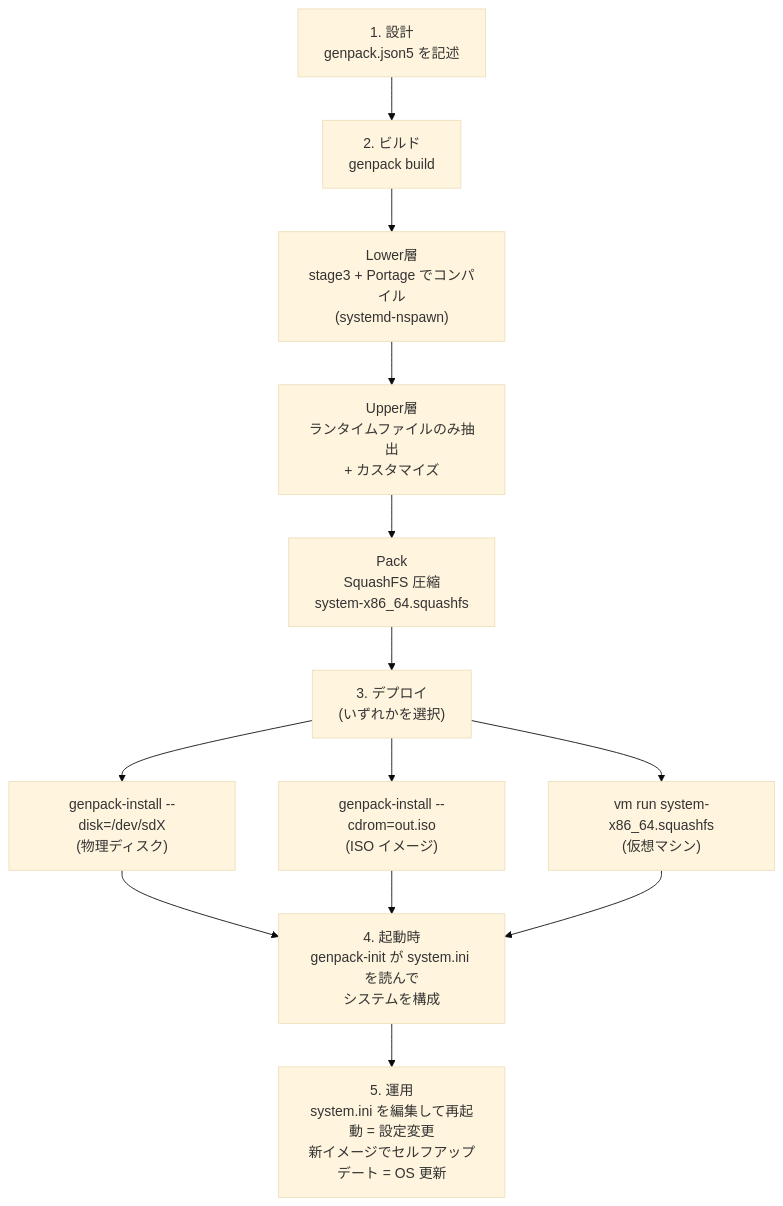
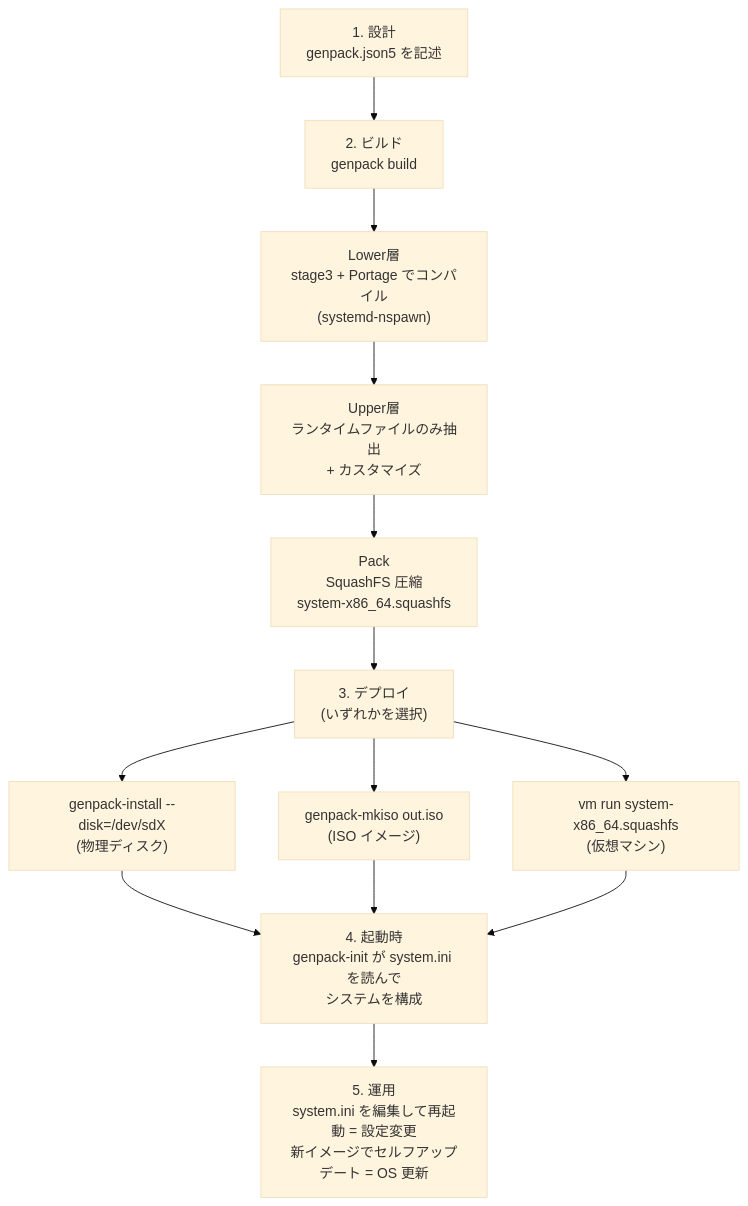
One commit to wbrxcorp/genpack changed the second of 2 diagrams in docs/introduction.md. Above: the diagram before and after it, drawn with Mermaid (base theme). The commit also changed other lines of this file and 1 other file, not shown here.

First line of the commit message:
docs: describe genpack-mkiso and genpack-mkzip

````diff
--- a/docs/introduction.md
+++ b/docs/introduction.md
@@ -327,27 +327,27 @@
 ```mermaid
 flowchart TD
   design["1. 設計<br/>genpack.json5 を記述"]
   build["2. ビルド<br/>genpack build"]
   lower["Lower層<br/>stage3 + Portage でコンパイル<br/>(systemd-nspawn)"]
   upper["Upper層<br/>ランタイムファイルのみ抽出<br/>+ カスタマイズ"]
   pack["Pack<br/>SquashFS 圧縮<br/>system-x86_64.squashfs"]
   deploy["3. デプロイ<br/>(いずれかを選択)"]
   disk["genpack-install --disk=/dev/sdX<br/>(物理ディスク)"]
-  cdrom["genpack-install --cdrom=out.iso<br/>(ISO イメージ)"]
+  cdrom["genpack-mkiso out.iso<br/>(ISO イメージ)"]
   vm["vm run system-x86_64.squashfs<br/>(仮想マシン)"]
   boot["4. 起動時<br/>genpack-init が system.ini を読んで<br/>システムを構成"]
   operate["5. 運用<br/>system.ini を編集して再起動 = 設定変更<br/>新イメージでセルフアップデート = OS 更新"]
 
   design --> build
   build --> lower
   lower --> upper
   upper --> pack
   pack --> deploy
   deploy --> disk
   deploy --> cdrom
   deploy --> vm
   disk --> boot
   cdrom --> boot
   vm --> boot
   boot --> operate
 ```
````
